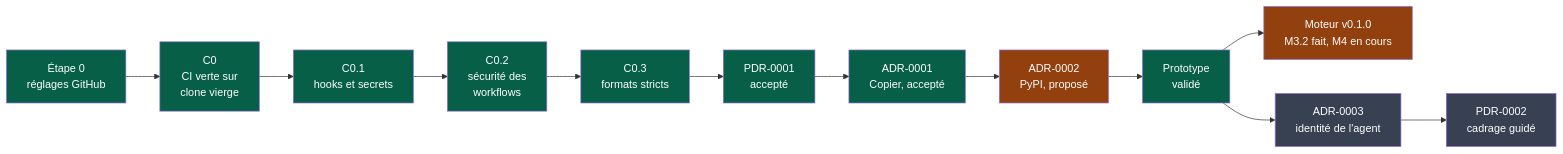
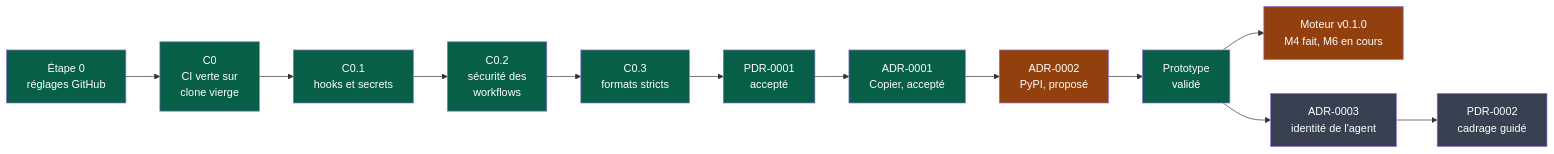
The first of 2 diagrams in docs/governance/chantiers.md (NapkinStack/engineering-os), drawn with Mermaid before and after one commit. The commit also changed other lines of this file and 14 other files, not shown here.

````diff
--- a/docs/governance/chantiers.md
+++ b/docs/governance/chantiers.md
@@ -10,19 +10,19 @@
 ```mermaid
 flowchart LR
     S0["Étape 0<br/>réglages GitHub"]:::fait --> C0["C0<br/>CI verte sur<br/>clone vierge"]:::fait
     C0 --> C01["C0.1<br/>hooks et secrets"]:::fait
     C01 --> C02["C0.2<br/>sécurité des<br/>workflows"]:::fait
     C02 --> C03["C0.3<br/>formats stricts"]:::fait
     C03 --> PDR["PDR-0001<br/>accepté"]:::fait
     PDR --> A1["ADR-0001<br/>Copier, accepté"]:::fait
     A1 --> A2["ADR-0002<br/>PyPI, proposé"]:::partiel
     A2 --> PT["Prototype<br/>validé"]:::fait
-    PT --> RP["Moteur v0.1.0<br/>M3.2 fait, M4 en cours"]:::partiel
+    PT --> RP["Moteur v0.1.0<br/>M4 fait, M6 en cours"]:::partiel
     PT --> A3["ADR-0003<br/>identité de l'agent"]:::afaire
     A3 --> P2["PDR-0002<br/>cadrage guidé"]:::afaire
 
     classDef fait fill:#065f46,color:#fff
     classDef partiel fill:#92400e,color:#fff
     classDef afaire fill:#374151,color:#fff
     classDef bloque fill:#7c2d12,color:#fff
 ```
````
